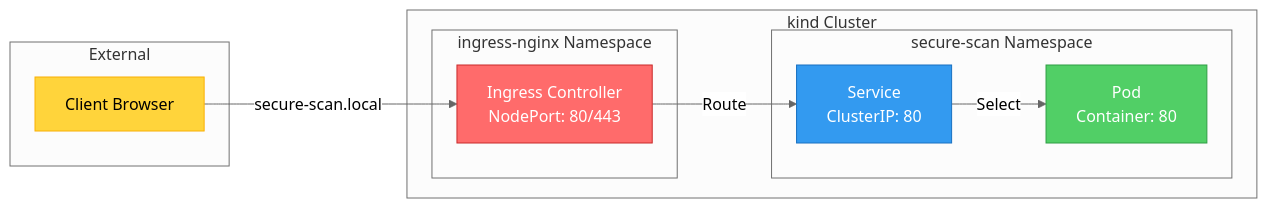
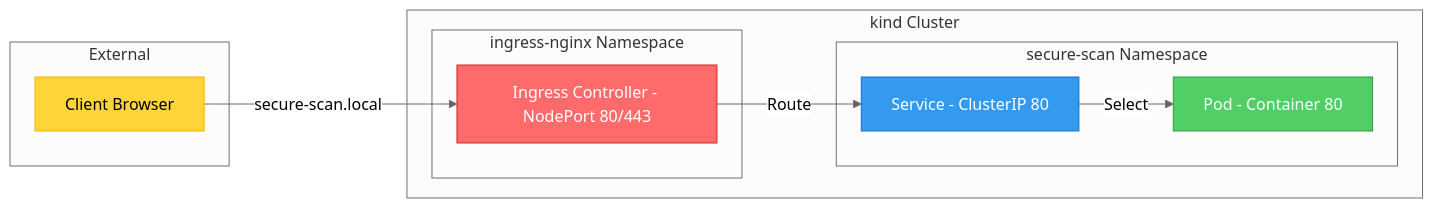
Before and after one commit to bryandino673/secure-scan-static-site: the sixth of 7 diagrams in README.md, drawn with Mermaid (neutral theme). The commit also changed other lines of this file, not shown here.

````diff
--- a/README.md
+++ b/README.md
@@ -154,26 +154,26 @@
 ```mermaid
 flowchart LR
     subgraph "External"
         CLIENT[Client Browser]
     end
     
     subgraph "kind Cluster"
         subgraph "ingress-nginx Namespace"
-            ING[Ingress Controller<br/>NodePort: 80/443]
+            ING[Ingress Controller - NodePort 80/443]
         end
         
         subgraph "secure-scan Namespace"
-            SVC[Service<br/>ClusterIP: 80]
-            POD[Pod<br/>Container: 80]
+            SVC[Service - ClusterIP 80]
+            POD[Pod - Container 80]
         end
     end
     
     CLIENT -->|secure-scan.local| ING
     ING -->|Route| SVC
     SVC -->|Select| POD
     
     style CLIENT fill:#ffd43b,stroke:#fab005
     style ING fill:#ff6b6b,stroke:#c92a2a,color:#fff
     style SVC fill:#339af0,stroke:#1971c2,color:#fff
     style POD fill:#51cf66,stroke:#2f9e44,color:#fff
 ```
````
